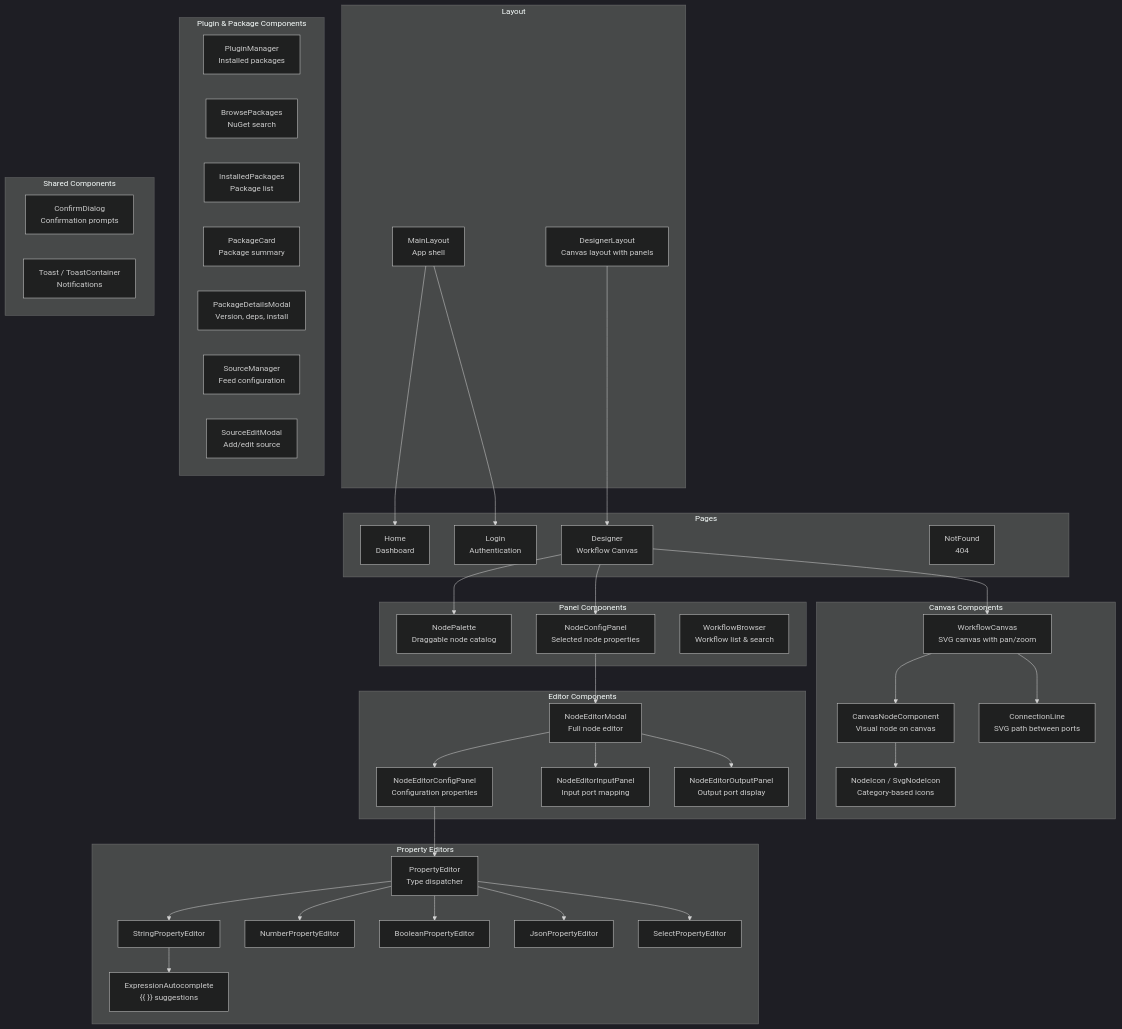
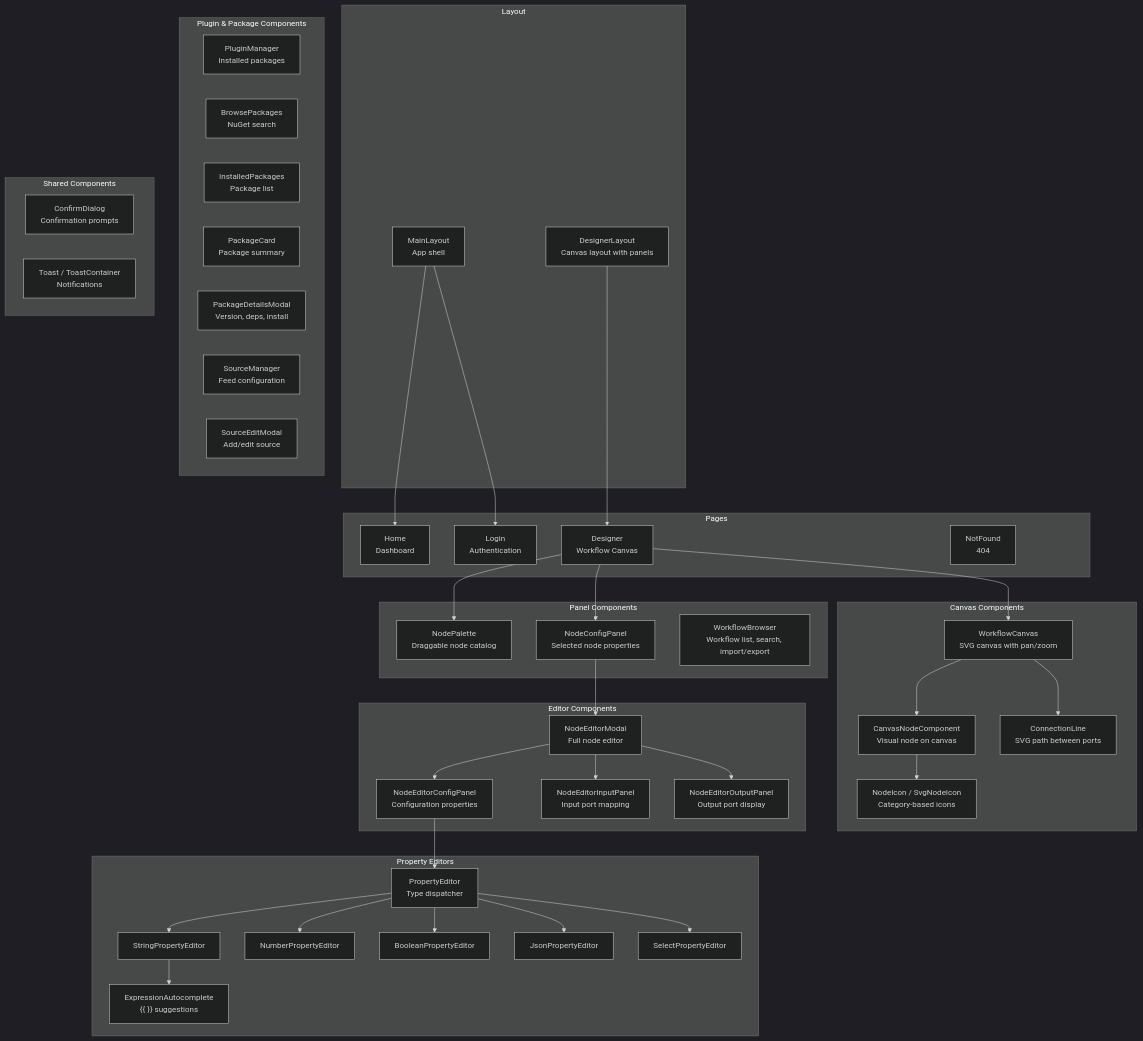
The first of 3 diagrams in docs/09-designer.md (homolibere/Vyshyvanka), drawn with Mermaid (dark theme) before and after one commit. The commit also changed other lines of this file and 5 other files, not shown here.

Commit message:
feat(designer): add workflow import/export and file interop

````diff
--- a/docs/09-designer.md
+++ b/docs/09-designer.md
@@ -9,80 +9,80 @@
 ```mermaid
 flowchart TD
     subgraph "Pages"
         Home["Home<br/>Dashboard"]
         Login["Login<br/>Authentication"]
         DesignerPage["Designer<br/>Workflow Canvas"]
         NotFound["NotFound<br/>404"]
     end
 
     subgraph "Layout"
         MainLayout["MainLayout<br/>App shell"]
         DesignerLayout["DesignerLayout<br/>Canvas layout with panels"]
     end
 
     subgraph "Canvas Components"
         WorkflowCanvas["WorkflowCanvas<br/>SVG canvas with pan/zoom"]
         CanvasNode["CanvasNodeComponent<br/>Visual node on canvas"]
         ConnectionLine["ConnectionLine<br/>SVG path between ports"]
         NodeIcon["NodeIcon / SvgNodeIcon<br/>Category-based icons"]
     end
 
     subgraph "Panel Components"
         NodePalette["NodePalette<br/>Draggable node catalog"]
         NodeConfigPanel["NodeConfigPanel<br/>Selected node properties"]
-        WorkflowBrowser["WorkflowBrowser<br/>Workflow list & search"]
+        WorkflowBrowser["WorkflowBrowser<br/>Workflow list, search, import/export"]
     end
 
     subgraph "Editor Components"
         NodeEditorModal["NodeEditorModal<br/>Full node editor"]
         ConfigPanel["NodeEditorConfigPanel<br/>Configuration properties"]
         InputPanel["NodeEditorInputPanel<br/>Input port mapping"]
         OutputPanel["NodeEditorOutputPanel<br/>Output port display"]
     end
 
     subgraph "Property Editors"
         StringEditor["StringPropertyEditor"]
         NumberEditor["NumberPropertyEditor"]
         BooleanEditor["BooleanPropertyEditor"]
         JsonEditor["JsonPropertyEditor"]
         SelectEditor["SelectPropertyEditor"]
         ExprAutocomplete["ExpressionAutocomplete<br/>{{ }} suggestions"]
         PropertyEditor["PropertyEditor<br/>Type dispatcher"]
     end
 
     subgraph "Plugin & Package Components"
         PluginManager["PluginManager<br/>Installed packages"]
         BrowsePackages["BrowsePackages<br/>NuGet search"]
         InstalledPackages["InstalledPackages<br/>Package list"]
         PackageCard["PackageCard<br/>Package summary"]
         PackageDetailsModal["PackageDetailsModal<br/>Version, deps, install"]
         SourceManager["SourceManager<br/>Feed configuration"]
         SourceEditModal["SourceEditModal<br/>Add/edit source"]
     end
 
     subgraph "Shared Components"
         ConfirmDialog["ConfirmDialog<br/>Confirmation prompts"]
         Toast["Toast / ToastContainer<br/>Notifications"]
     end
 
     MainLayout --> Home
     MainLayout --> Login
     DesignerLayout --> DesignerPage
     DesignerPage --> WorkflowCanvas
     DesignerPage --> NodePalette
     DesignerPage --> NodeConfigPanel
     WorkflowCanvas --> CanvasNode
     WorkflowCanvas --> ConnectionLine
     CanvasNode --> NodeIcon
     NodeConfigPanel --> NodeEditorModal
     NodeEditorModal --> ConfigPanel
     NodeEditorModal --> InputPanel
     NodeEditorModal --> OutputPanel
     ConfigPanel --> PropertyEditor
     PropertyEditor --> StringEditor
     PropertyEditor --> NumberEditor
     PropertyEditor --> BooleanEditor
     PropertyEditor --> JsonEditor
     PropertyEditor --> SelectEditor
     StringEditor --> ExprAutocomplete
 ```
````
